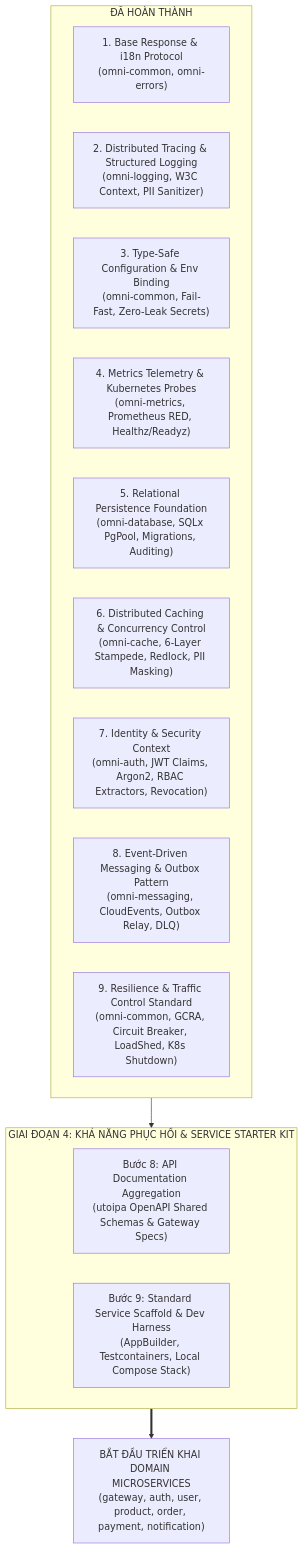
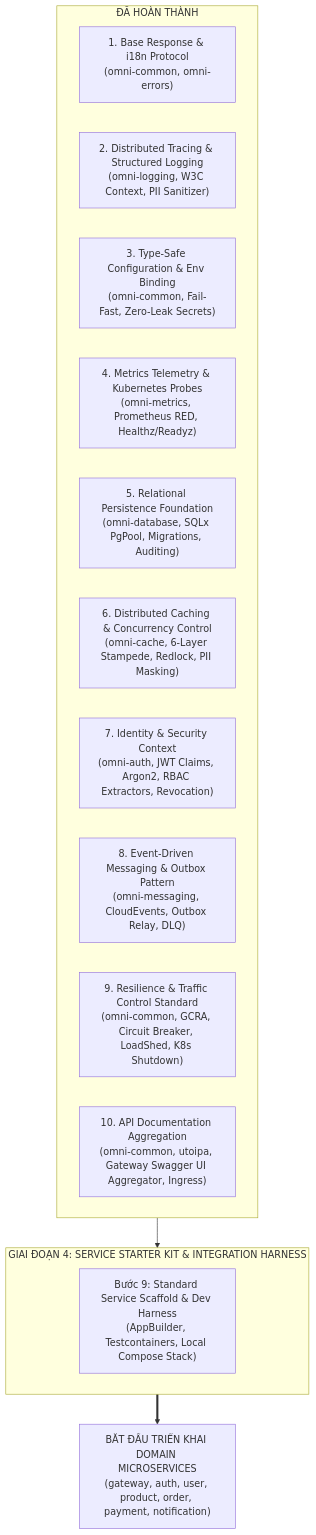
Before and after one commit to NQHxDev/OmniKubernetes: the diagram in RoadMap.md, drawn with Mermaid. The commit also changed other lines of this file and 24 other files, not shown here.

Commit message:
feat: add OpenAPI support and Kubernetes ingress and swagger-ui configurations

````diff
--- a/RoadMap.md
+++ b/RoadMap.md
@@ -44,22 +45,22 @@
 ```mermaid
 flowchart TD
     subgraph Done["ĐÃ HOÀN THÀNH"]
         M01["1. Base Response & i18n Protocol<br/>(omni-common, omni-errors)"]
         M02["2. Distributed Tracing & Structured Logging<br/>(omni-logging, W3C Context, PII Sanitizer)"]
         M03["3. Type-Safe Configuration & Env Binding<br/>(omni-common, Fail-Fast, Zero-Leak Secrets)"]
         M04["4. Metrics Telemetry & Kubernetes Probes<br/>(omni-metrics, Prometheus RED, Healthz/Readyz)"]
         M05["5. Relational Persistence Foundation<br/>(omni-database, SQLx PgPool, Migrations, Auditing)"]
         M06["6. Distributed Caching & Concurrency Control<br/>(omni-cache, 6-Layer Stampede, Redlock, PII Masking)"]
         M07["7. Identity & Security Context<br/>(omni-auth, JWT Claims, Argon2, RBAC Extractors, Revocation)"]
         M08["8. Event-Driven Messaging & Outbox Pattern<br/>(omni-messaging, CloudEvents, Outbox Relay, DLQ)"]
         M09["9. Resilience & Traffic Control Standard<br/>(omni-common, GCRA, Circuit Breaker, LoadShed, K8s Shutdown)"]
+        M10["10. API Documentation Aggregation<br/>(omni-common, utoipa, Gateway Swagger UI Aggregator, Ingress)"]
     end
 
-    subgraph Phase4["GIAI ĐOẠN 4: KHẢ NĂNG PHỤC HỒI & SERVICE STARTER KIT"]
-        P8["Bước 8: API Documentation Aggregation<br/>(utoipa OpenAPI Shared Schemas & Gateway Specs)"]
+    subgraph Phase4["GIAI ĐOẠN 4: SERVICE STARTER KIT & INTEGRATION HARNESS"]
         P9["Bước 9: Standard Service Scaffold & Dev Harness<br/>(AppBuilder, Testcontainers, Local Compose Stack)"]
     end
 
     Done --> Phase4
     Phase4 ==> Target["BẮT ĐẦU TRIỂN KHAI DOMAIN MICROSERVICES<br/>(gateway, auth, user, product, order, payment, notification)"]
 ```
````
